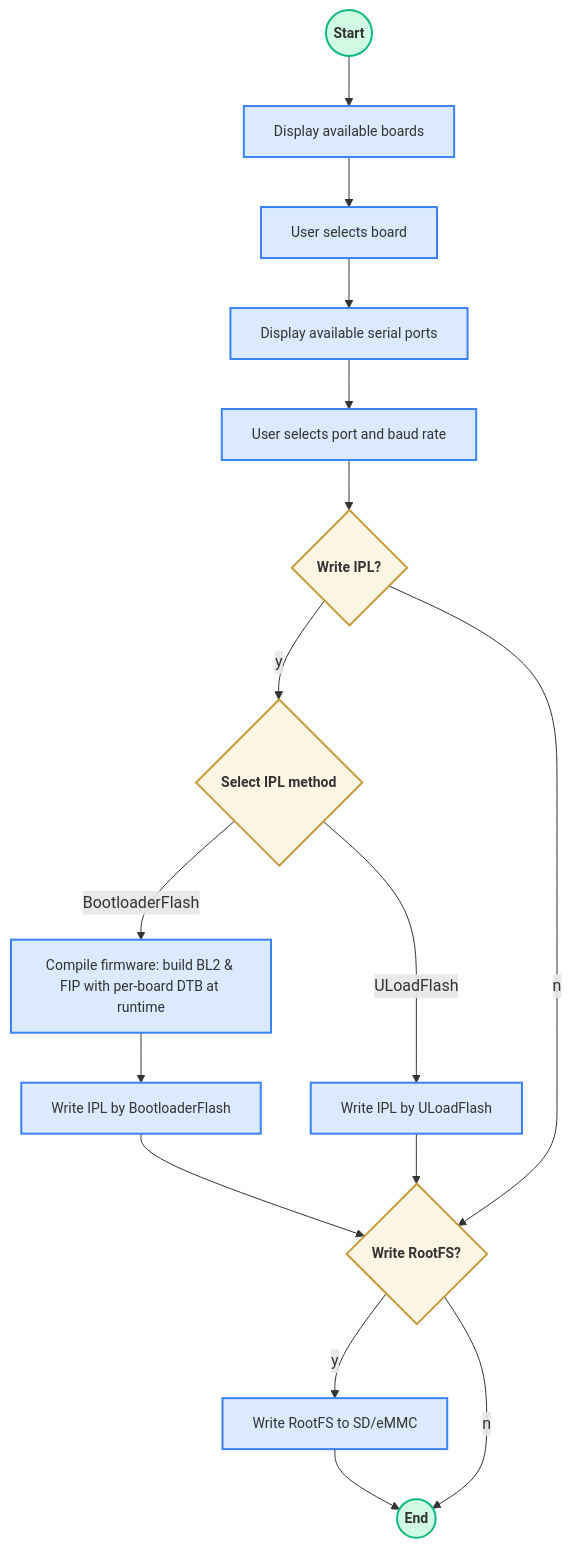
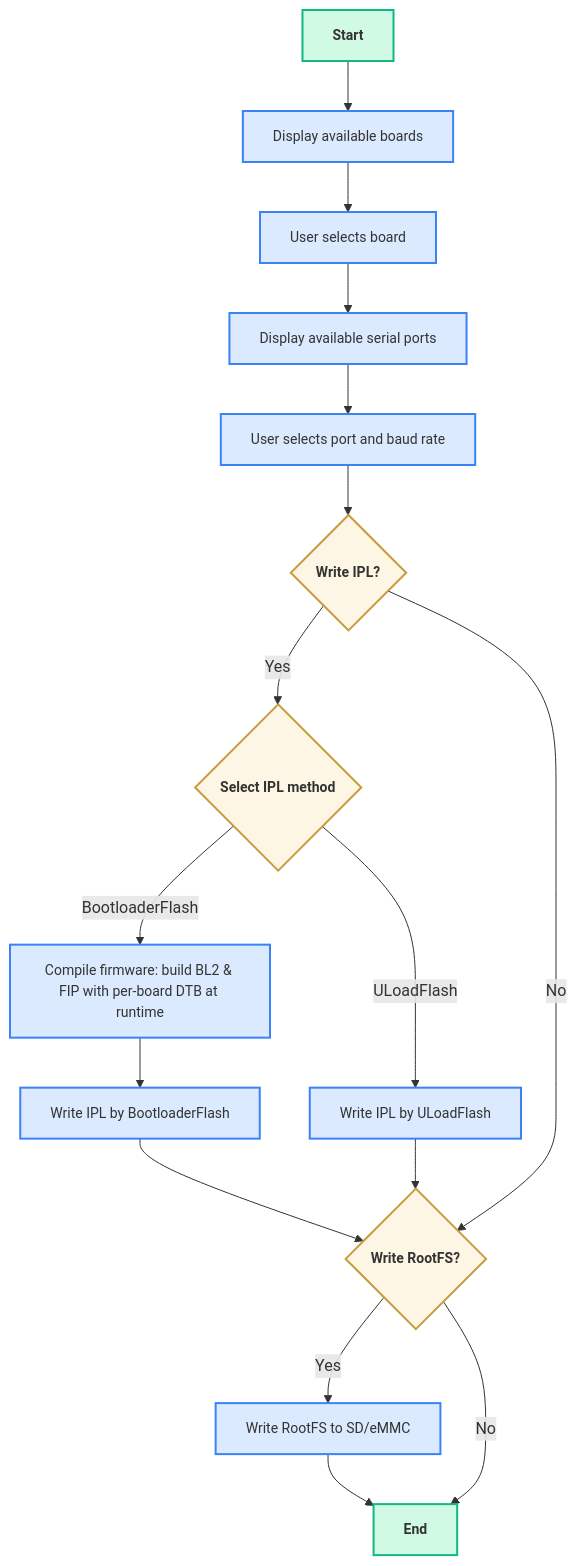
Before and after one commit to quoctrinhfz/rz-utils: the second of 2 diagrams in universal-scripts/host/tools/README.md, drawn with Mermaid. The commit also changed other lines of this file and 2 other files, not shown here.

First line of the commit message:
tools: update board support tables, flowcharts, and documentation

````diff
--- a/universal-scripts/host/tools/README.md
+++ b/universal-scripts/host/tools/README.md
@@ -275,26 +311,26 @@
 ```mermaid
 flowchart TD
-    classDef default fill:#f0f4f8,stroke:#333,stroke-width:1px,font-size:14px
-    classDef decision fill:#fef6e4,stroke:#c89b3c,stroke-width:2px,font-weight:bold
-    classDef action fill:#dbeafe,stroke:#3b82f6,stroke-width:2px
-    classDef terminal fill:#d1fae5,stroke:#10b981,stroke-width:2px,font-weight:bold
+  classDef default fill:#f0f4f8,stroke:#333,stroke-width:1px,font-size:14px
+  classDef decision fill:#fef6e4,stroke:#c89b3c,stroke-width:2px,font-weight:bold
+  classDef action fill:#dbeafe,stroke:#3b82f6,stroke-width:2px
+  classDef terminal fill:#d1fae5,stroke:#10b981,stroke-width:2px,font-weight:bold
 
-    A((Start)):::terminal --> B[Display available boards]:::action
-    B --> C[User selects board]:::action
-    C --> D[Display available serial ports]:::action
-    D --> E[User selects port and baud rate]:::action
+  A[Start]:::terminal --> B[Display available boards]:::action
+  B --> C[User selects board]:::action
+  C --> D[Display available serial ports]:::action
+  D --> E[User selects port and baud rate]:::action
 
-    E --> G{Write IPL?}:::decision
-    G -->|y| H{Select IPL method}:::decision
-    H -->|BootloaderFlash| M[Compile firmware: build BL2 & FIP with per-board DTB at runtime]:::action
-    M --> J[Write IPL by BootloaderFlash]:::action
-    H -->|ULoadFlash| K[Write IPL by ULoadFlash]:::action
+  E --> G{Write IPL?}:::decision
+  G -->|Yes| H{Select IPL method}:::decision
+  H -->|BootloaderFlash| M[Compile firmware: build BL2 & FIP with per-board DTB at runtime]:::action
+  M --> J[Write IPL by BootloaderFlash]:::action
+  H -->|ULoadFlash| K[Write IPL by ULoadFlash]:::action
 
-    J --> F{Write RootFS?}:::decision
-    K --> F{Write RootFS?}:::decision
-    G -->|n| F{Write RootFS?}:::decision
+  J --> F{Write RootFS?}:::decision
+  K --> F{Write RootFS?}:::decision
+  G -->|No| F{Write RootFS?}:::decision
 
-    F -->|y| FR[Write RootFS to SD/eMMC]:::action
-    FR --> L((End)):::terminal
-    F -->|n| L((End)):::terminal
+  F -->|Yes| FR[Write RootFS to SD/eMMC]:::action
+  FR --> L[End]:::terminal
+  F -->|No| L[End]:::terminal
 ```
````
